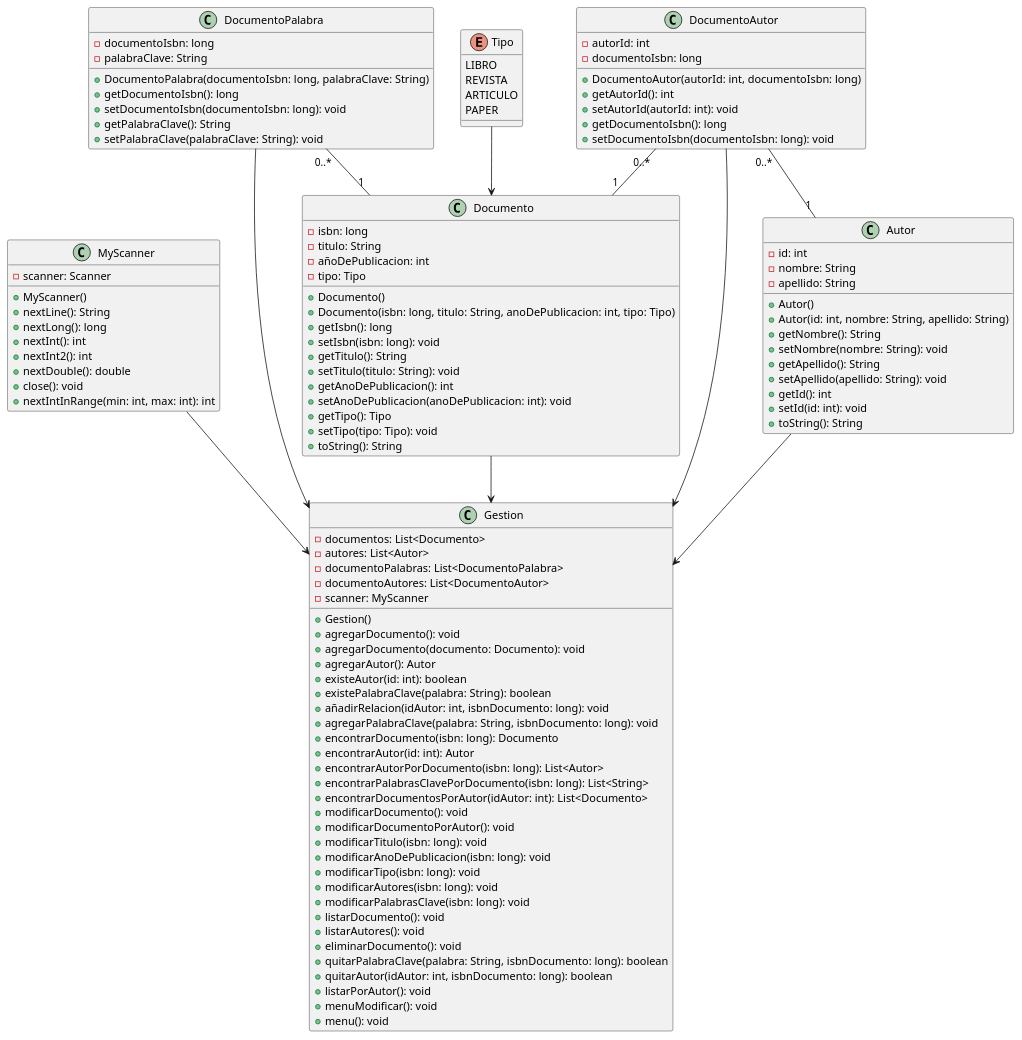
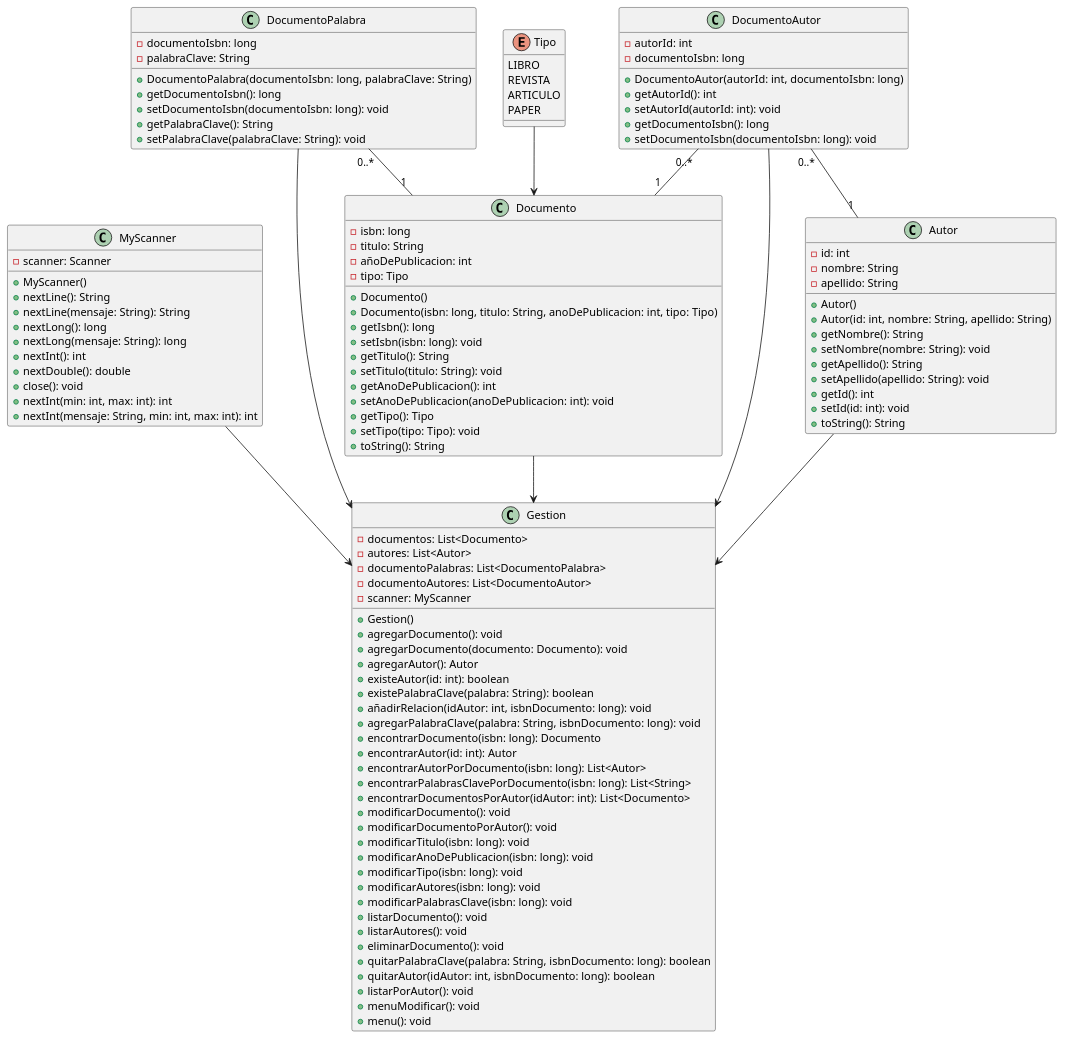
Before and after one commit to mmasias/23-24-eda2-ep: the diagram in entregas/Diagrama.puml, drawn with PlantUML.

Commit message:
iagrama actualizado

```diff
--- a/entregas/Diagrama.puml
+++ b/entregas/Diagrama.puml
@@ -1,122 +1,124 @@
 @startuml
 
-class MyScanner {
-    - scanner: Scanner
-    + MyScanner()
-    + nextLine(): String
-    + nextLong(): long
-    + nextInt(): int
-    + nextInt2(): int
-    + nextDouble(): double
-    + close(): void
-    + nextIntInRange(min: int, max: int): int
-}
+class MyScanner{
+        - scanner: Scanner
+        + MyScanner()
+        + nextLine(): String
+        + nextLine(mensaje: String): String
+        + nextLong(): long
+        + nextLong(mensaje: String): long
+        + nextInt(): int
+        + nextDouble(): double
+        + close(): void
+        + nextInt(min: int, max: int): int
+        + nextInt(mensaje: String, min: int, max: int): int
+    }
 
 enum Tipo {
     LIBRO
     REVISTA
     ARTICULO
     PAPER
 }
 
 class Documento {
     - isbn: long
     - titulo: String
     - añoDePublicacion: int
     - tipo: Tipo
     + Documento()
     + Documento(isbn: long, titulo: String, anoDePublicacion: int, tipo: Tipo)
     + getIsbn(): long
     + setIsbn(isbn: long): void
     + getTitulo(): String
     + setTitulo(titulo: String): void
     + getAnoDePublicacion(): int
     + setAnoDePublicacion(anoDePublicacion: int): void
     + getTipo(): Tipo
     + setTipo(tipo: Tipo): void
     + toString(): String
 }
 
 class Autor {
     - id: int
     - nombre: String
     - apellido: String
     + Autor()
     + Autor(id: int, nombre: String, apellido: String)
     + getNombre(): String
     + setNombre(nombre: String): void
     + getApellido(): String
     + setApellido(apellido: String): void
     + getId(): int
     + setId(id: int): void
     + toString(): String
 }
 
 class DocumentoPalabra {
     - documentoIsbn: long
     - palabraClave: String
     + DocumentoPalabra(documentoIsbn: long, palabraClave: String)
     + getDocumentoIsbn(): long
     + setDocumentoIsbn(documentoIsbn: long): void
     + getPalabraClave(): String
     + setPalabraClave(palabraClave: String): void
 }
 
 class DocumentoAutor {
     - autorId: int
     - documentoIsbn: long
     + DocumentoAutor(autorId: int, documentoIsbn: long)
     + getAutorId(): int
     + setAutorId(autorId: int): void
     + getDocumentoIsbn(): long
     + setDocumentoIsbn(documentoIsbn: long): void
 }
 
 class Gestion {
     - documentos: List<Documento>
     - autores: List<Autor>
     - documentoPalabras: List<DocumentoPalabra>
     - documentoAutores: List<DocumentoAutor>
     - scanner: MyScanner
     + Gestion()
     + agregarDocumento(): void
     + agregarDocumento(documento: Documento): void
     + agregarAutor(): Autor
     + existeAutor(id: int): boolean
     + existePalabraClave(palabra: String): boolean
     + añadirRelacion(idAutor: int, isbnDocumento: long): void
     + agregarPalabraClave(palabra: String, isbnDocumento: long): void
     + encontrarDocumento(isbn: long): Documento
     + encontrarAutor(id: int): Autor
     + encontrarAutorPorDocumento(isbn: long): List<Autor>
     + encontrarPalabrasClavePorDocumento(isbn: long): List<String>
     + encontrarDocumentosPorAutor(idAutor: int): List<Documento>
     + modificarDocumento(): void
     + modificarDocumentoPorAutor(): void
     + modificarTitulo(isbn: long): void
     + modificarAnoDePublicacion(isbn: long): void
     + modificarTipo(isbn: long): void
     + modificarAutores(isbn: long): void
     + modificarPalabrasClave(isbn: long): void
     + listarDocumento(): void
     + listarAutores(): void
     + eliminarDocumento(): void
     + quitarPalabraClave(palabra: String, isbnDocumento: long): boolean
     + quitarAutor(idAutor: int, isbnDocumento: long): boolean
     + listarPorAutor(): void
     + menuModificar(): void
     + menu(): void
 }
 
 Tipo --> Documento
 Autor --> Gestion
 DocumentoPalabra --> Gestion
 DocumentoAutor --> Gestion
 Documento --> Gestion
 DocumentoAutor "0..*" -- "1" Autor
 DocumentoAutor "0..*" -- "1" Documento
 DocumentoPalabra "0..*" -- "1" Documento
 MyScanner --> Gestion
 
 
 @enduml
```
